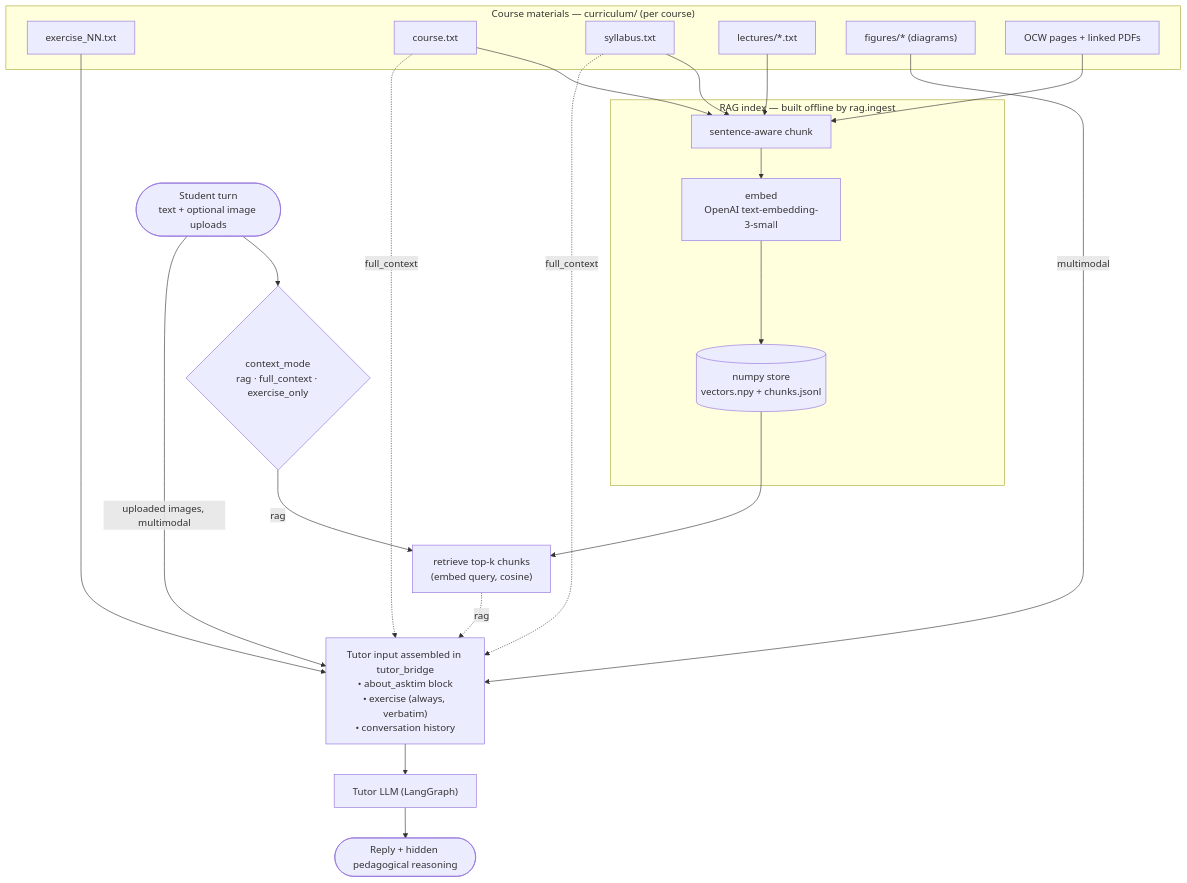
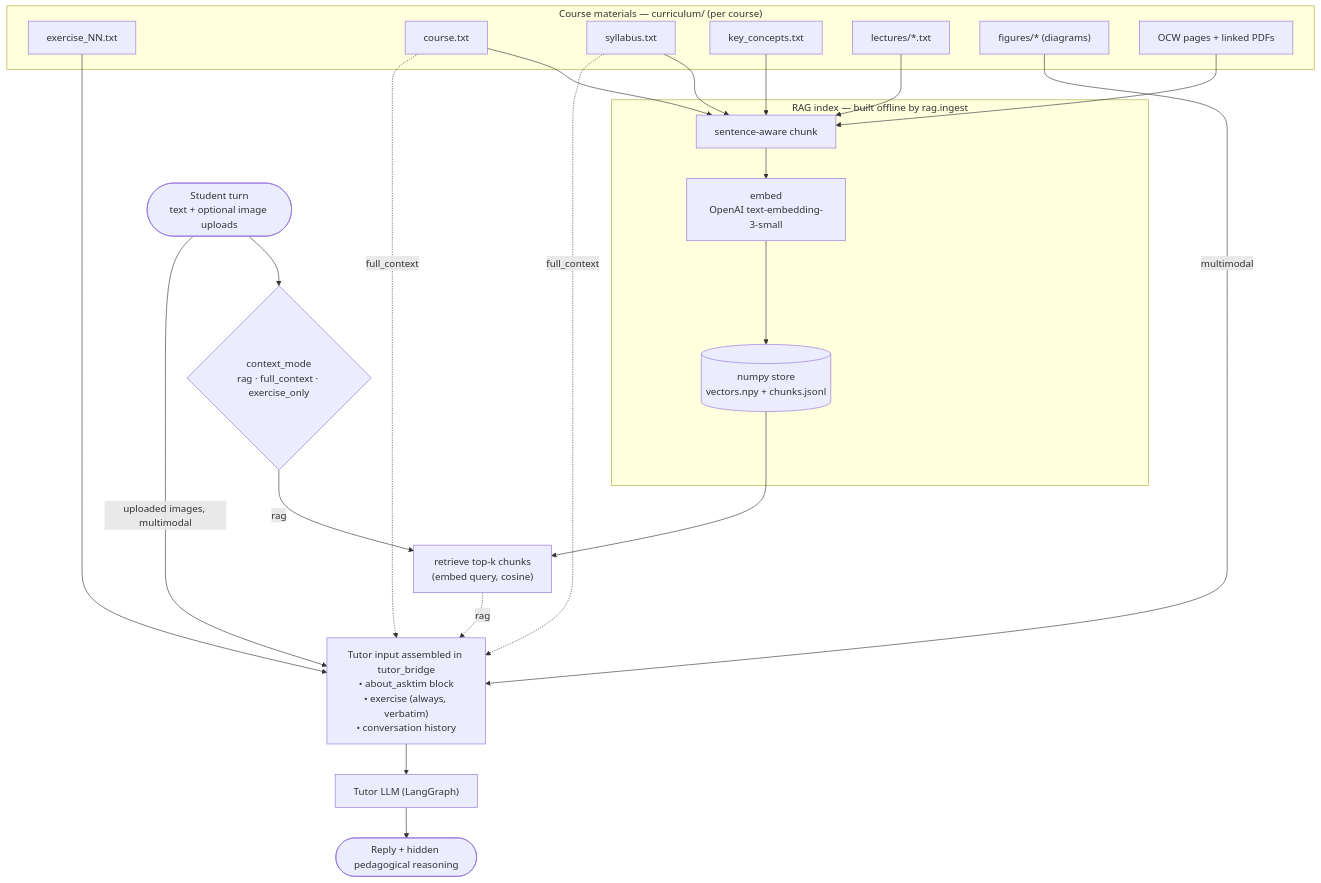
Before and after one commit to bonbon-on-fire/asktim_llm_tutor_project: the second of 3 diagrams in README.md, drawn with Mermaid. The commit also changed other lines of this file and 10 other files, not shown here.

````diff
--- a/README.md
+++ b/README.md
@@ -71,42 +71,44 @@
 ```mermaid
 flowchart TD
     subgraph cur["Course materials — curriculum/ (per course)"]
         EX["exercise_NN.txt"]
         CRS["course.txt"]
         SYL["syllabus.txt"]
+        KC["key_concepts.txt"]
         LEC["lectures/*.txt"]
         FIG["figures/* (diagrams)"]
         OCW["OCW pages + linked PDFs"]
     end
 
     subgraph offline["RAG index — built offline by rag.ingest"]
         CHUNK["sentence-aware chunk"]
         EMB["embed\nOpenAI text-embedding-3-small"]
         VEC[("numpy store\nvectors.npy + chunks.jsonl")]
         CHUNK --> EMB --> VEC
     end
     CRS --> CHUNK
     SYL --> CHUNK
+    KC --> CHUNK
     LEC --> CHUNK
     OCW --> CHUNK
 
     STU(["Student turn\ntext + optional image uploads"])
     MODE{"context_mode\nrag · full_context · exercise_only"}
     STU --> MODE
 
     RET["retrieve top-k chunks\n(embed query, cosine)"]
     MODE -->|rag| RET
     VEC --> RET
 
     PROMPT["Tutor input assembled in tutor_bridge\n• about_asktim block\n• exercise (always, verbatim)\n• conversation history"]
 
     EX --> PROMPT
     CRS -. full_context .-> PROMPT
     SYL -. full_context .-> PROMPT
     RET -. rag .-> PROMPT
     FIG -->|multimodal| PROMPT
     STU -->|uploaded images, multimodal| PROMPT
 
     PROMPT --> TUTOR["Tutor LLM (LangGraph)"]
     TUTOR --> REPLY(["Reply + hidden pedagogical reasoning"])
 ```
````
